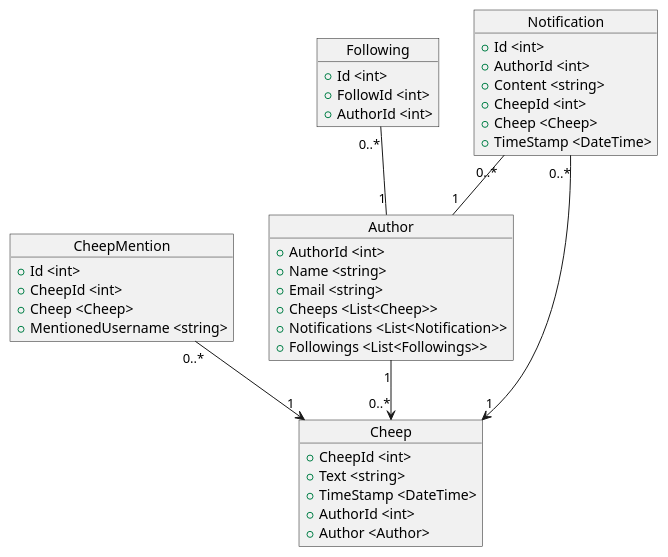
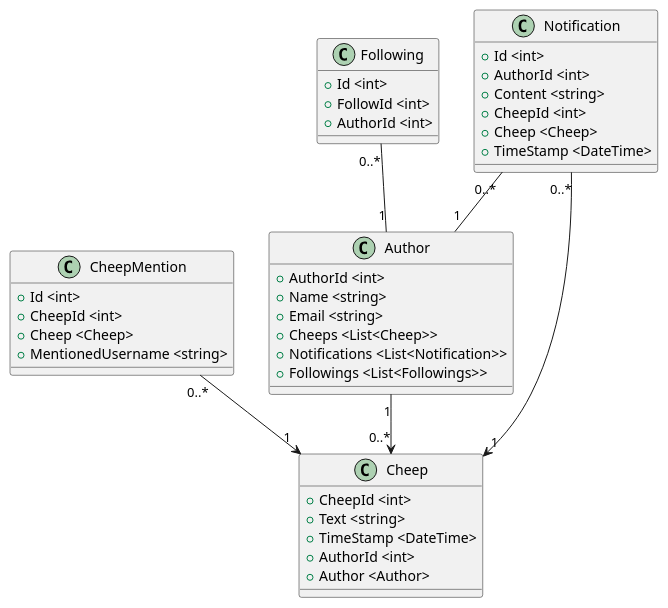
Before and after one commit to ITU-BDSA2024-GROUP12/Chirp: the diagram in docs/diagrams/src/DomainModel.wsd, drawn with PlantUML.

Commit message:
Changed to class diagram

```diff
--- a/docs/diagrams/src/DomainModel.wsd
+++ b/docs/diagrams/src/DomainModel.wsd
@@ -1,42 +1,42 @@
 @startuml
-object Author
+Class Author
 Author : +AuthorId <int>
 Author : +Name <string>
 Author : +Email <string>
 Author : +Cheeps <List<Cheep>>
 Author : +Notifications <List<Notification>>
 Author : +Followings <List<Followings>>
 
-object Cheep
+Class Cheep
 Cheep : +CheepId <int>
 Cheep : +Text <string>
 Cheep : +TimeStamp <DateTime>
 Cheep : +AuthorId <int>
 Cheep : +Author <Author>
 
-object CheepMention
+Class CheepMention
 CheepMention : +Id <int>
 CheepMention : +CheepId <int>
 CheepMention : +Cheep <Cheep>
 CheepMention : +MentionedUsername <string>
 
-object Notification
+Class Notification
 Notification : +Id <int>
 Notification : +AuthorId <int>
 Notification : +Content <string>
 Notification : +CheepId <int>
 Notification : +Cheep <Cheep>
 Notification : +TimeStamp <DateTime>
 
-object Following
+Class Following
 Following : +Id <int>
 Following : +FollowId <int>
 Following : +AuthorId <int>
 
 Author "1" --> "0..*" Cheep
 Following "0..*" -- "1" Author
 CheepMention "0..*" --> "1" Cheep
 Notification "0..*" -- "1" Author
 Notification "0..*" --> "1" Cheep
 
 @enduml
```
